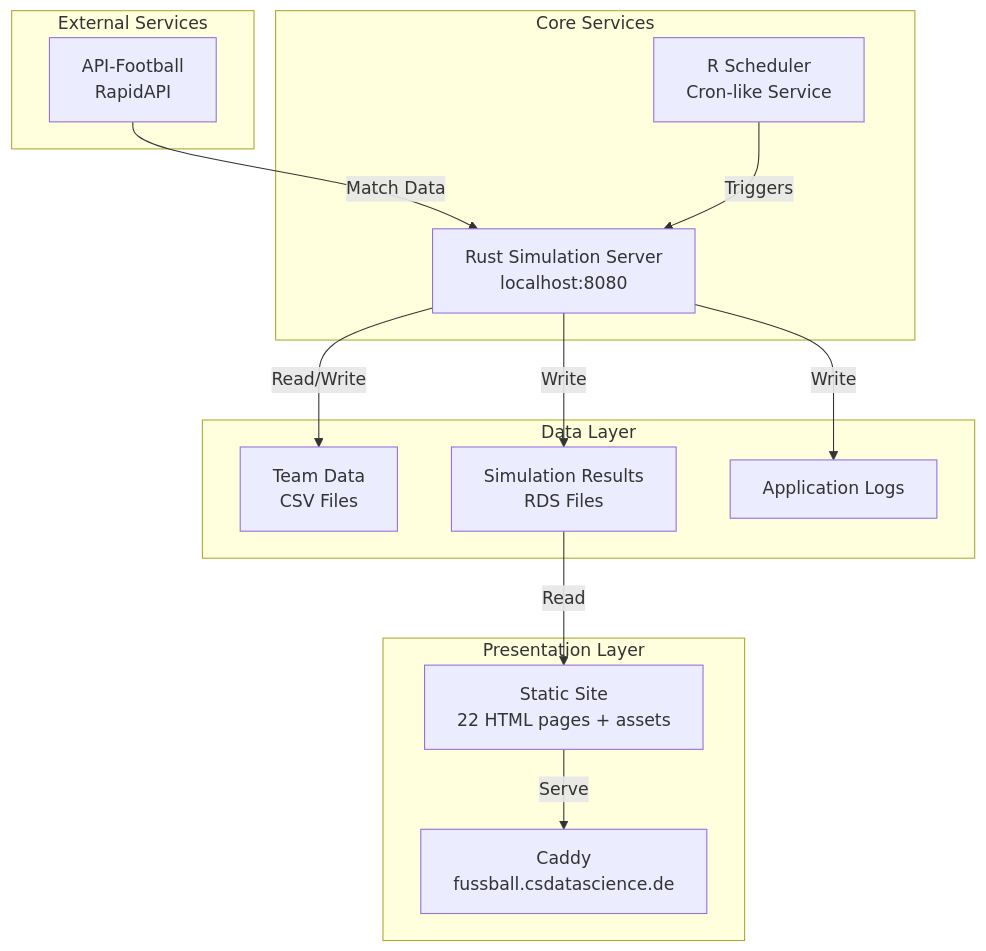
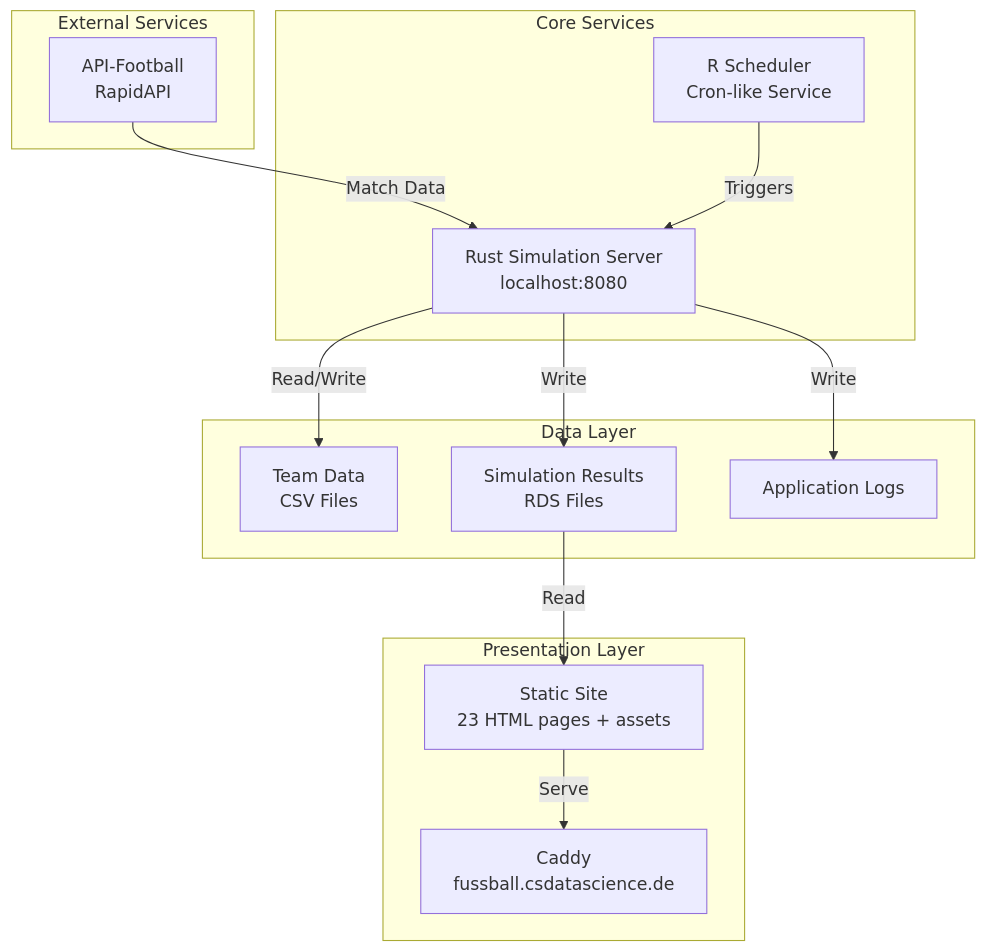
One commit to chrisschwer/League-Simulator-Update changed the first of 6 diagrams in docs/architecture/overview.md. Above: the diagram before and after it, drawn with Mermaid. The commit also changed other lines of this file and 12 other files, not shown here.

````diff
--- a/docs/architecture/overview.md
+++ b/docs/architecture/overview.md
@@ -7,30 +7,30 @@
 ```mermaid
 graph TB
     subgraph "External Services"
         API[API-Football<br/>RapidAPI]
     end
     
     subgraph "Core Services"
         SIM[Rust Simulation Server<br/>localhost:8080]
         SCH[R Scheduler<br/>Cron-like Service]
     end
     
     subgraph "Data Layer"
         CSV[Team Data<br/>CSV Files]
         RDS[Simulation Results<br/>RDS Files]
         LOGS[Application Logs]
     end
     
     subgraph "Presentation Layer"
-        SITE[Static Site<br/>22 HTML pages + assets]
+        SITE[Static Site<br/>23 HTML pages + assets]
         CADDY[Caddy<br/>fussball.csdatascience.de]
     end
     
     API -->|Match Data| SIM
     SCH -->|Triggers| SIM
     SIM -->|Read/Write| CSV
     SIM -->|Write| RDS
     SIM -->|Write| LOGS
     RDS -->|Read| SITE
     SITE -->|Serve| CADDY
 ```
````
